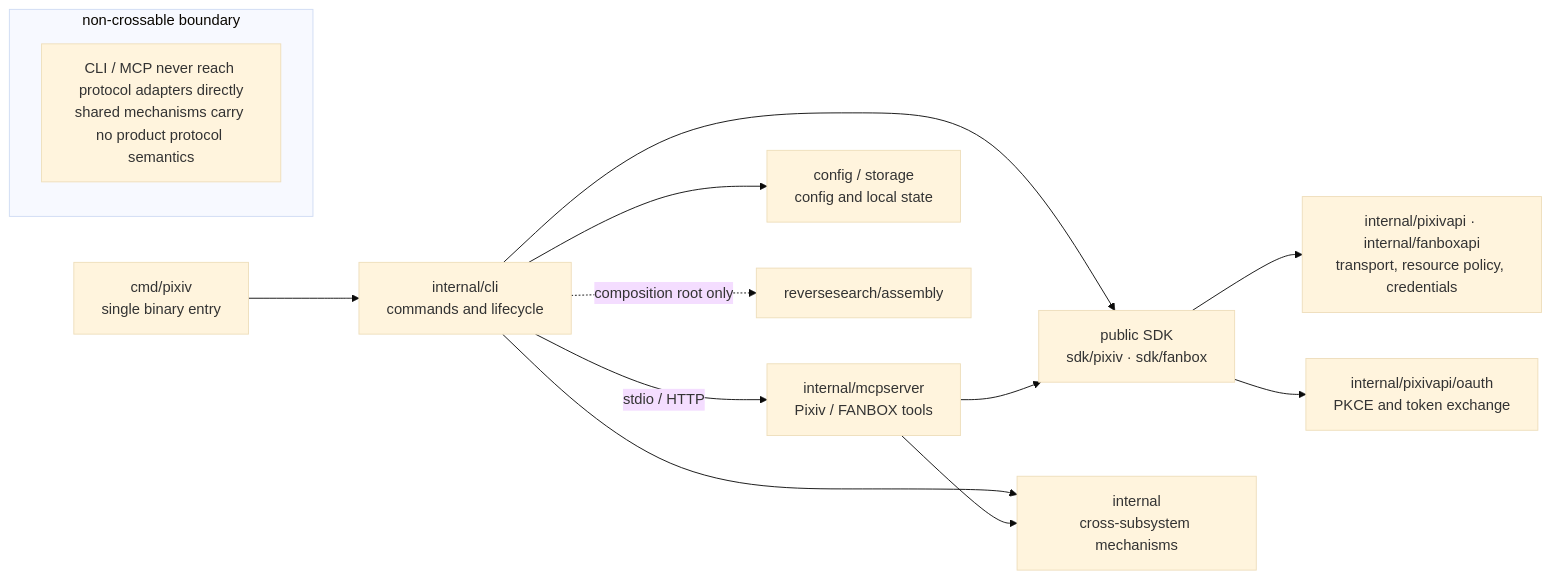
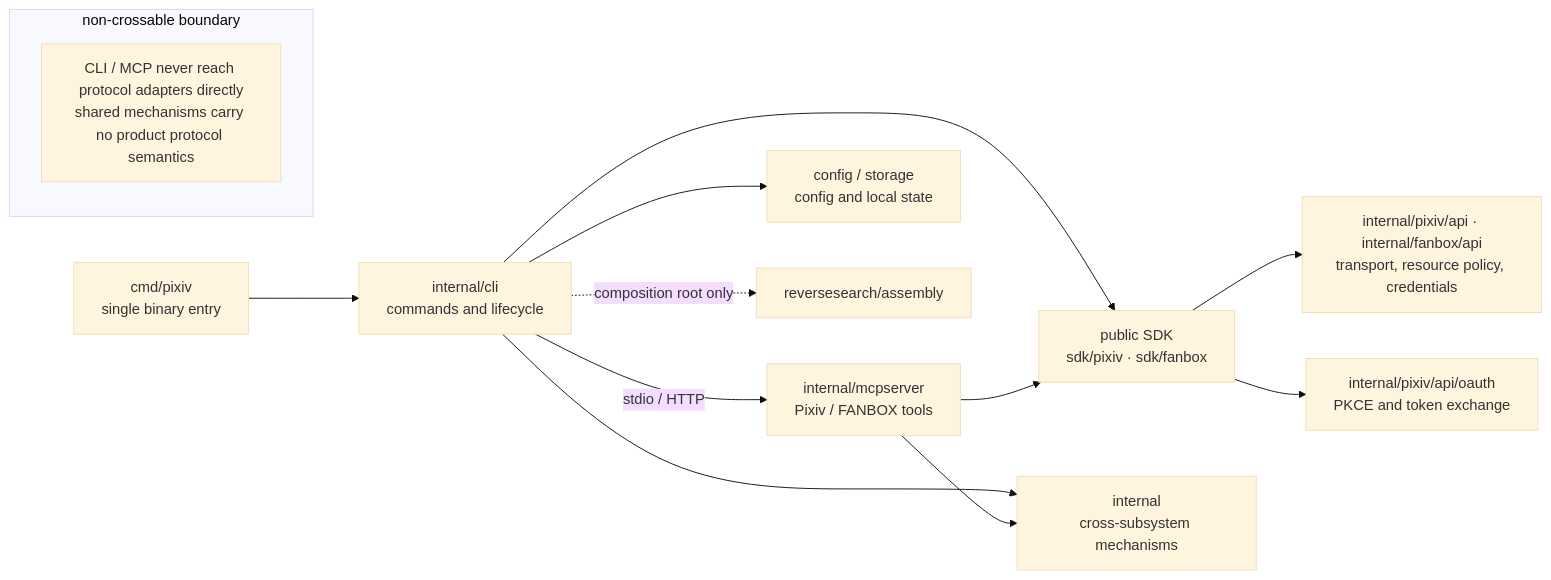
The first of 5 diagrams in docs/en/maintainers/architecture.md (FlanChanXwO/pixiv-cli), drawn with Mermaid (base theme) before and after one commit. The commit also changed other lines of this file and 204 other files, not shown here.

````diff
--- a/docs/en/maintainers/architecture.md
+++ b/docs/en/maintainers/architecture.md
@@ -5,17 +5,17 @@
 ```mermaid
 flowchart LR
     ENTRY["cmd/pixiv<br/>single binary entry"] --> CLI["internal/cli<br/>commands and lifecycle"]
     CLI -->|"stdio / HTTP"| MCP["internal/mcpserver<br/>Pixiv / FANBOX tools"]
     CLI --> SDK["public SDK<br/>sdk/pixiv · sdk/fanbox"]
     MCP --> SDK
-    SDK --> API["internal/pixivapi · internal/fanboxapi<br/>transport, resource policy, credentials"]
-    SDK --> OAUTH["internal/pixivapi/oauth<br/>PKCE and token exchange"]
+    SDK --> API["internal/pixiv/api · internal/fanbox/api<br/>transport, resource policy, credentials"]
+    SDK --> OAUTH["internal/pixiv/api/oauth<br/>PKCE and token exchange"]
     CLI --> SHARED["internal<br/>cross-subsystem mechanisms"]
     MCP --> SHARED
     CLI --> STATE["config / storage<br/>config and local state"]
     CLI -.->|"composition root only"| RSA["reversesearch/assembly"]
 
     subgraph boundary["non-crossable boundary"]
         RULE["CLI / MCP never reach protocol adapters directly<br/>shared mechanisms carry no product protocol semantics"]
     end
 ```
````
